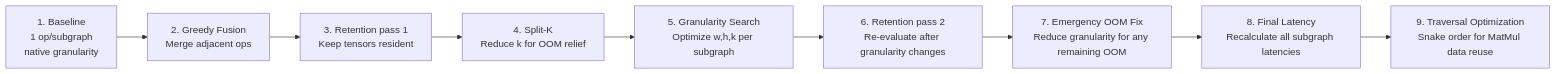
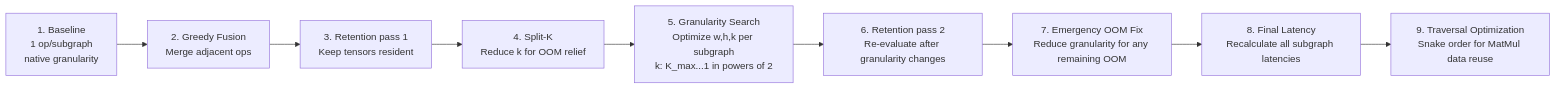
One commit to melroyanthony/MLSys changed the fourth of 4 diagrams in solution/docs/architecture/data-flow.md. Above: the diagram before and after it, drawn with Mermaid. The commit also changed other lines of this file and 5 other files, not shown here.

First line of the commit message:
docs(stage-1,stage-2): add k-dimension search requirements and architecture

````diff
--- a/solution/docs/architecture/data-flow.md
+++ b/solution/docs/architecture/data-flow.md
@@ -131,14 +132,14 @@
 ```mermaid
 flowchart LR
     S1[1. Baseline<br>1 op/subgraph<br>native granularity]
     S2[2. Greedy Fusion<br>Merge adjacent ops]
     S3[3. Retention pass 1<br>Keep tensors resident]
     S4[4. Split-K<br>Reduce k for OOM relief]
-    S5[5. Granularity Search<br>Optimize w,h,k per subgraph]
+    S5[5. Granularity Search<br>Optimize w,h,k per subgraph<br>k: K_max...1 in powers of 2]
     S6[6. Retention pass 2<br>Re-evaluate after granularity changes]
     S7[7. Emergency OOM Fix<br>Reduce granularity for any remaining OOM]
     S8[8. Final Latency<br>Recalculate all subgraph latencies]
     S9[9. Traversal Optimization<br>Snake order for MatMul data reuse]
 
     S1 --> S2 --> S3 --> S4 --> S5 --> S6 --> S7 --> S8 --> S9
 ```
````
